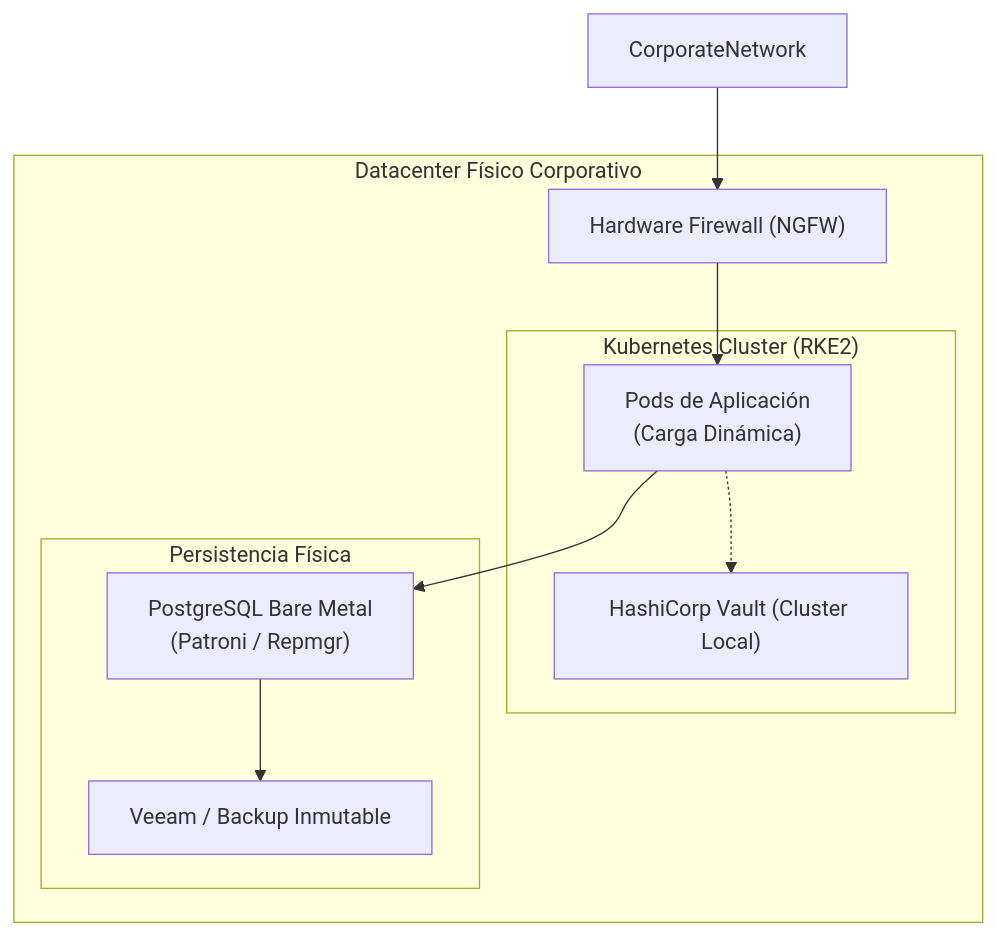
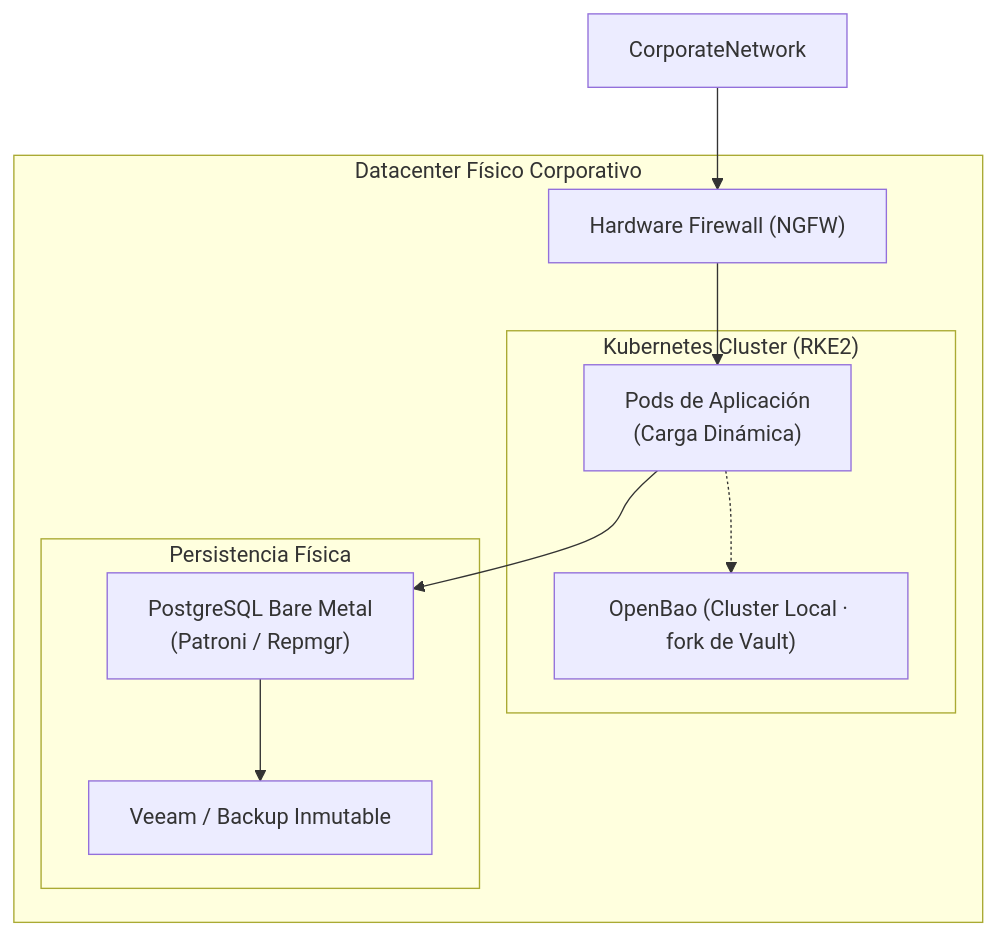
One commit to beyondnetcode/evolith_arch32 changed the third of 4 diagrams in reference/architecture/blueprints/multi-cloud-deployment-scenarios.es.md. Above: the diagram before and after it, drawn with Mermaid. The commit also changed other lines of this file and 31 other files, not shown here.

First line of the commit message:
chore(infra): migrate HashiCorp Vault to OpenBao (GT-112)

````diff
--- a/reference/architecture/blueprints/multi-cloud-deployment-scenarios.es.md
+++ b/reference/architecture/blueprints/multi-cloud-deployment-scenarios.es.md
@@ -185,20 +185,20 @@
 ```mermaid
 graph TD
  subgraph Datacenter["Datacenter Físico Corporativo"]
  FW["Hardware Firewall (NGFW)"]
  subgraph K8sCluster["Kubernetes Cluster (RKE2)"]
  AppPods["Pods de Aplicación\n(Carga Dinámica)"]
- Vault["HashiCorp Vault (Cluster Local)"]
+ OpenBao["OpenBao (Cluster Local · fork de Vault)"]
  end
  subgraph BareMetalData["Persistencia Física"]
  PostgresHAP["PostgreSQL Bare Metal\n(Patroni / Repmgr)"]
  Backup["Veeam / Backup Inmutable"]
  end
  end
  
  CorporateNetwork --> FW
  FW --> AppPods
- AppPods -.-> Vault
+ AppPods -.-> OpenBao
  AppPods --> PostgresHAP
  PostgresHAP --> Backup
 ```
````
